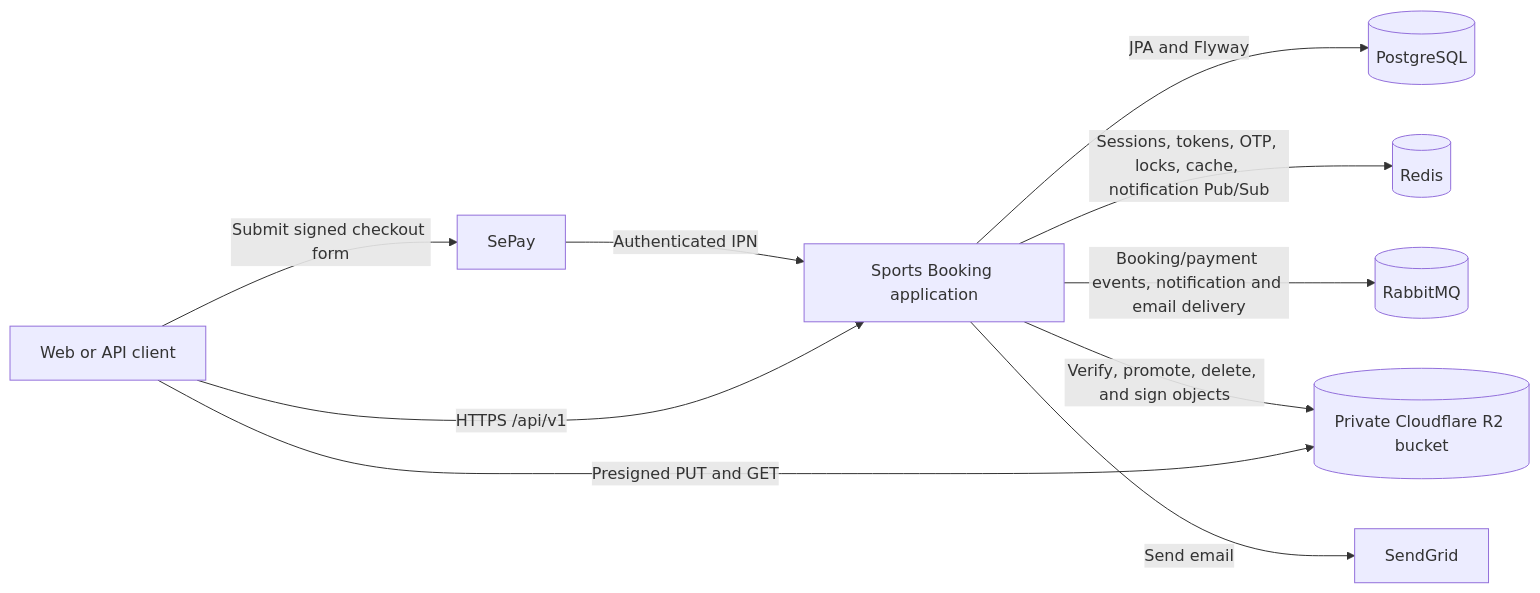
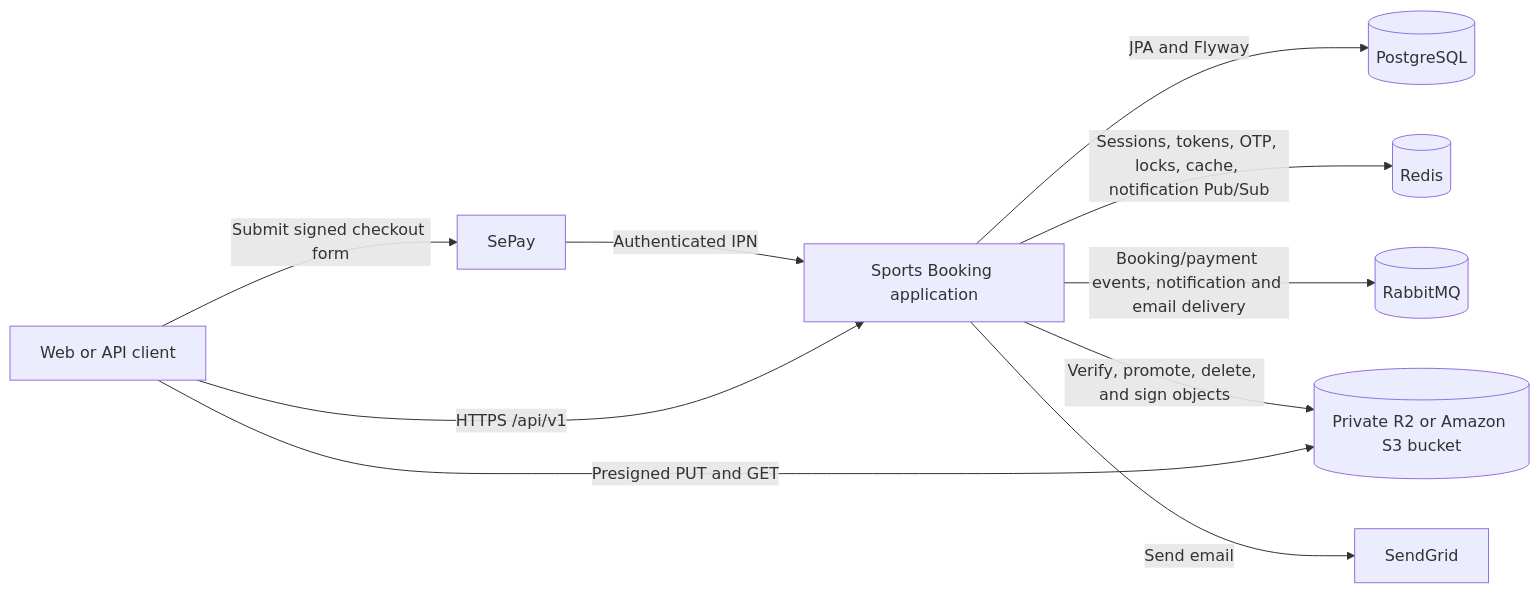
The first of 3 diagrams in docs/architecture/architecture.md (hcyk268/sports-booking-be), drawn with Mermaid before and after one commit. The commit also changed other lines of this file and 34 other files, not shown here.

Commit message:
feat(storage): support Amazon S3 alongside Cloudflare R2

````diff
--- a/docs/architecture/architecture.md
+++ b/docs/architecture/architecture.md
@@ -15,12 +15,12 @@
 ```mermaid
 flowchart LR
     Client[Web or API client] -->|HTTPS /api/v1| App[Sports Booking application]
-    Client -->|Presigned PUT and GET| R2[(Private Cloudflare R2 bucket)]
+    Client -->|Presigned PUT and GET| Storage[(Private R2 or Amazon S3 bucket)]
     App -->|JPA and Flyway| PG[(PostgreSQL)]
     App -->|Sessions, tokens, OTP, locks, cache, notification Pub/Sub| Redis[(Redis)]
     App -->|Booking/payment events, notification and email delivery| MQ[(RabbitMQ)]
-    App -->|Verify, promote, delete, and sign objects| R2
+    App -->|Verify, promote, delete, and sign objects| Storage
     App -->|Send email| SG[SendGrid]
     Client -->|Submit signed checkout form| SePay[SePay]
     SePay -->|Authenticated IPN| App
 ```
````
